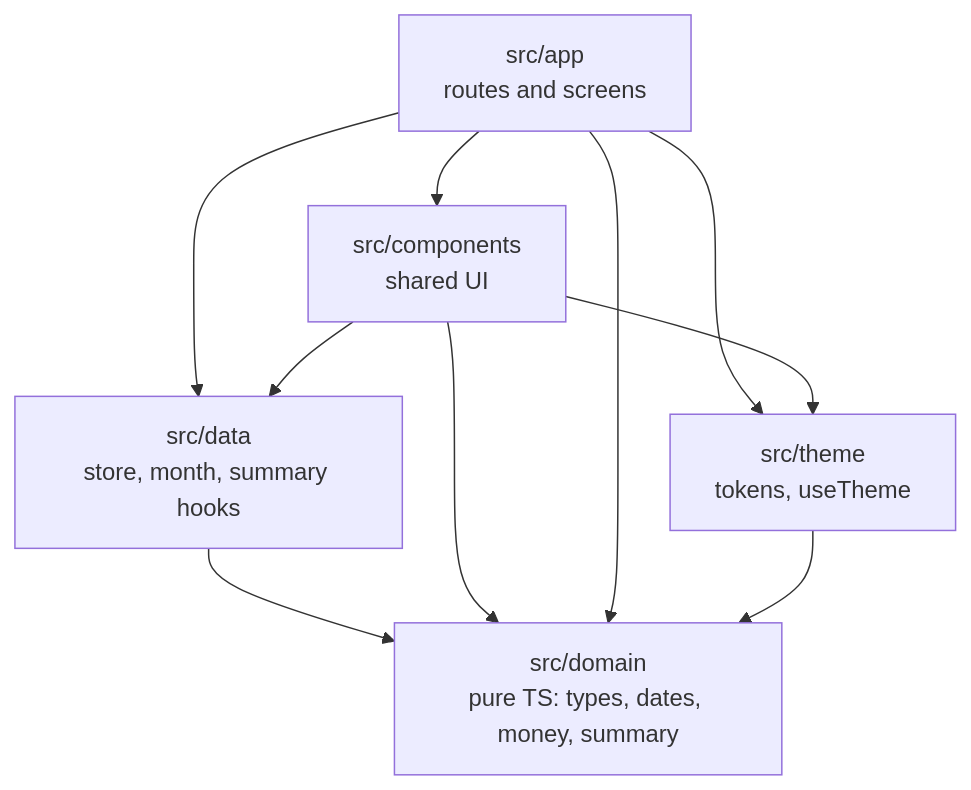
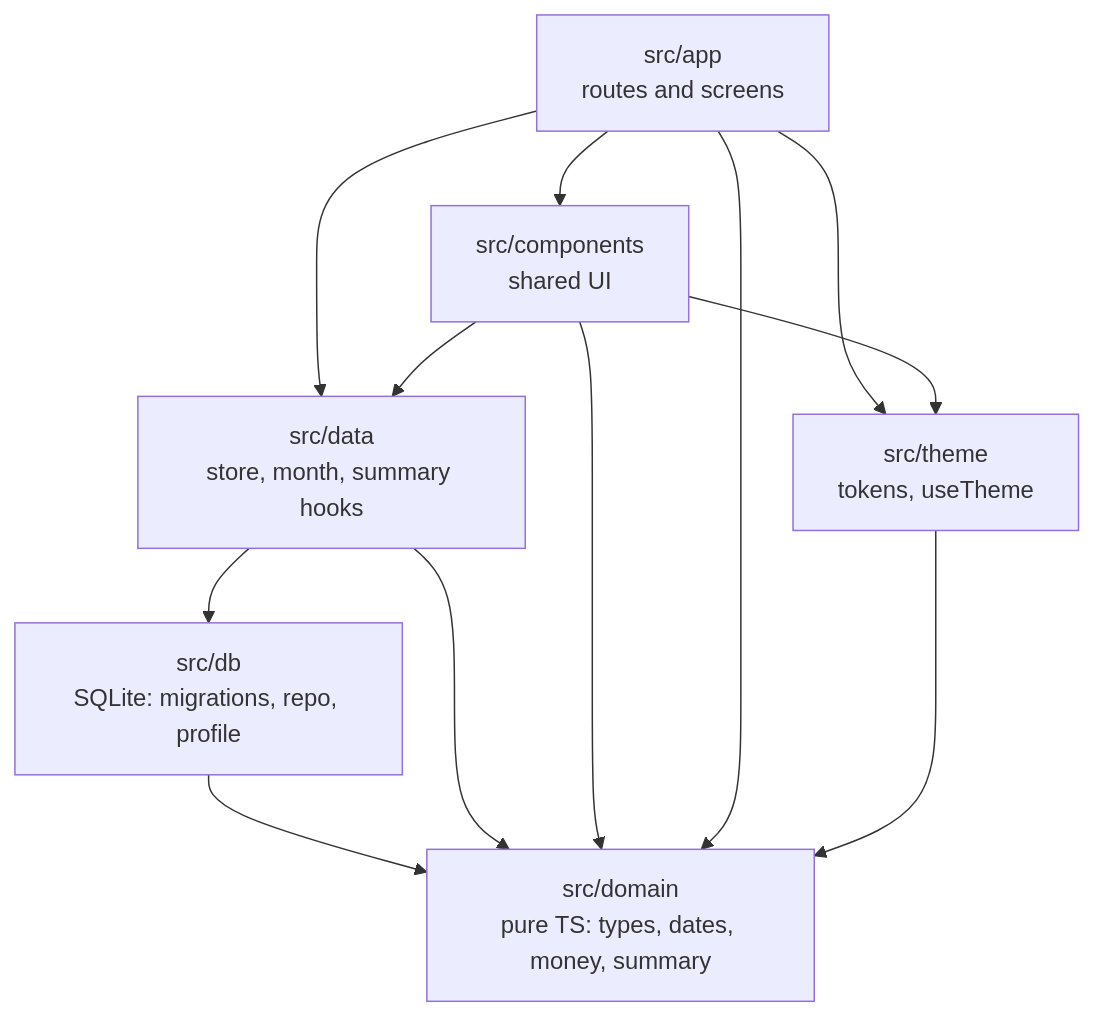
The third of 8 diagrams in docs/ARCHITECTURE.md (stdiohox/tito-expense-tracker), drawn with Mermaid before and after one commit. The commit also changed other lines of this file and 10 other files, not shown here.

````diff
--- a/docs/ARCHITECTURE.md
+++ b/docs/ARCHITECTURE.md
@@ -95,12 +95,14 @@
 ```mermaid
 flowchart TD
   A["src/app<br/>routes and screens"] --> C["src/components<br/>shared UI"]
   A --> D["src/data<br/>store, month, summary hooks"]
   C --> D
+  D --> DB["src/db<br/>SQLite: migrations, repo, profile"]
+  DB --> M
   D --> M["src/domain<br/>pure TS: types, dates, money, summary"]
   C --> M
   A --> M
   A --> T["src/theme<br/>tokens, useTheme"]
   C --> T
   T --> M
 ```
````
